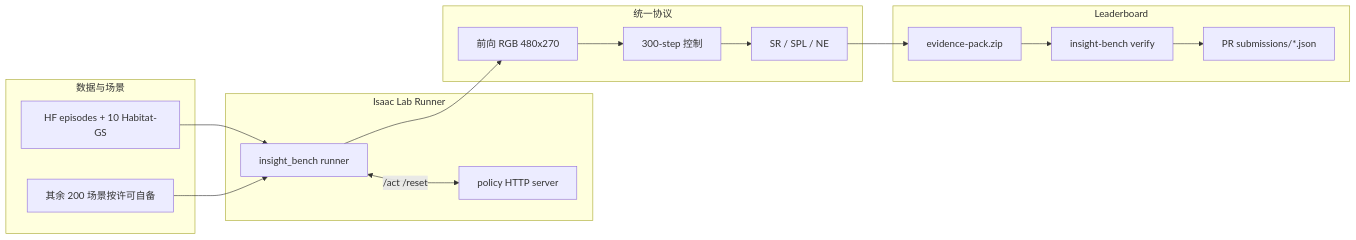
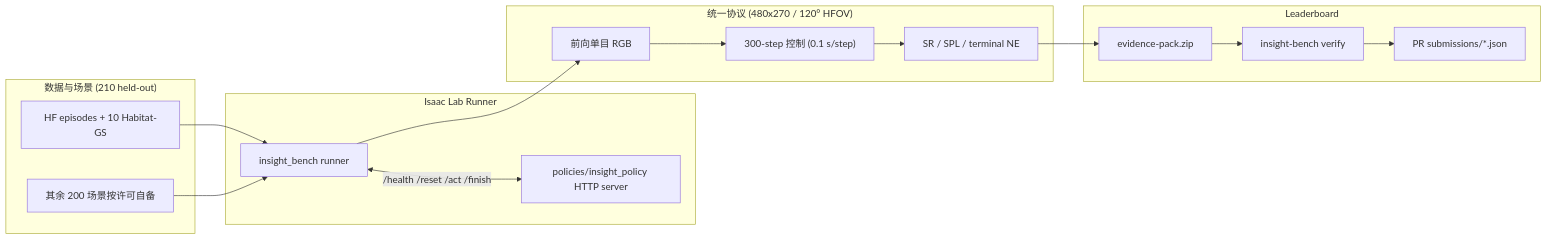
Before and after one commit to ImChong/Robotics_Notebooks: the first of 2 diagrams in wiki/entities/insight-bench.md, drawn with Mermaid. The commit also changed other lines of this file and 450 other files, not shown here.

Commit message:
[2026-11-22] ingest | sources/ & wiki/ — 补齐 33 家公司路线 165/167 节点一手原文通读、骨架与 Mermaid 图表至 3/3

````diff
--- a/wiki/entities/insight-bench.md
+++ b/wiki/entities/insight-bench.md
@@ -99,30 +111,30 @@
 ```mermaid
 flowchart LR
-  subgraph data [数据与场景]
-    hf[HF episodes + 10 Habitat-GS]
-    scenes[其余 200 场景按许可自备]
+  subgraph data ["数据与场景 (210 held-out)"]
+    hf["HF episodes + 10 Habitat-GS"]
+    scenes["其余 200 场景按许可自备"]
   end
-  subgraph sim [Isaac Lab Runner]
-    runner[insight_bench runner]
-    policySrv[policy HTTP server]
+  subgraph sim ["Isaac Lab Runner"]
+    runner["insight_bench runner"]
+    policySrv["policies/insight_policy HTTP server"]
   end
-  subgraph eval [统一协议]
-    rgb[前向 RGB 480x270]
-    act[300-step 控制]
-    metrics[SR / SPL / NE]
+  subgraph eval ["统一协议 (480x270 / 120° HFOV)"]
+    rgb["前向单目 RGB"]
+    act["300-step 控制 (0.1 s/step)"]
+    metrics["SR / SPL / terminal NE"]
   end
-  subgraph lb [Leaderboard]
-    pack[evidence-pack.zip]
-    verify[insight-bench verify]
-    pr[PR submissions/*.json]
+  subgraph lb ["Leaderboard"]
+    pack["evidence-pack.zip"]
+    verify["insight-bench verify"]
+    pr["PR submissions/*.json"]
   end
   hf --> runner
   scenes --> runner
-  runner <-->|/act /reset| policySrv
+  runner <-->|"/health /reset /act /finish"| policySrv
   runner --> rgb
   rgb --> act
   act --> metrics
   metrics --> pack
   pack --> verify
   verify --> pr
 ```
````
